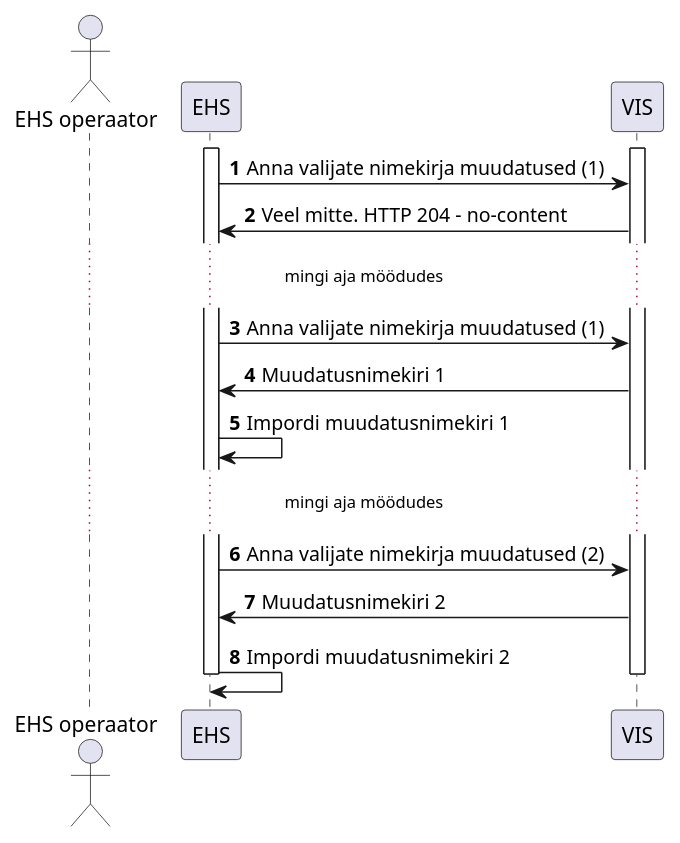
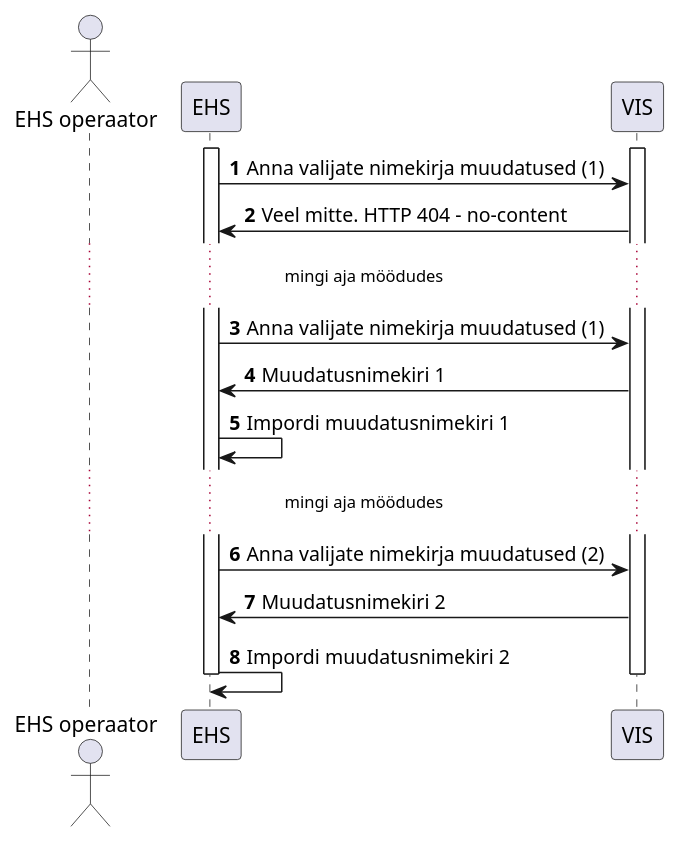
The diagram in model/list_changeset.puml (ivarsmolin/VIS3-EHS), drawn with PlantUML before and after one commit. The commit also changed 1 other file, not shown here.

Commit message:
Lisa veateate 404 muudatused diagrammidesse

```diff
--- a/model/list_changeset.puml
+++ b/model/list_changeset.puml
@@ -1,31 +1,31 @@
 @startuml
 autonumber
 actor "EHS operaator" as ac_ehs
 participant "EHS" as ehs
 participant "VIS" as vis
 'actor "VIS operaator" as ac_vis
 'participant "RR" as rr
 
 activate vis
 'activate rr
 activate ehs
 
 ehs -> vis : Anna valijate nimekirja muudatused (1)
-vis -> ehs : Veel mitte. HTTP 204 - no-content
+vis -> ehs : Veel mitte. HTTP 404 - no-content
 
 ...mingi aja möödudes...
 
 ehs -> vis : Anna valijate nimekirja muudatused (1)
 vis -> ehs : Muudatusnimekiri 1
 ehs -> ehs : Impordi muudatusnimekiri 1
 
 ...mingi aja möödudes...
 
 ehs -> vis : Anna valijate nimekirja muudatused (2)
 vis -> ehs : Muudatusnimekiri 2
 ehs -> ehs : Impordi muudatusnimekiri 2
 
 deactivate vis
 'deactivate rr
 deactivate ehs
 @enduml
```
